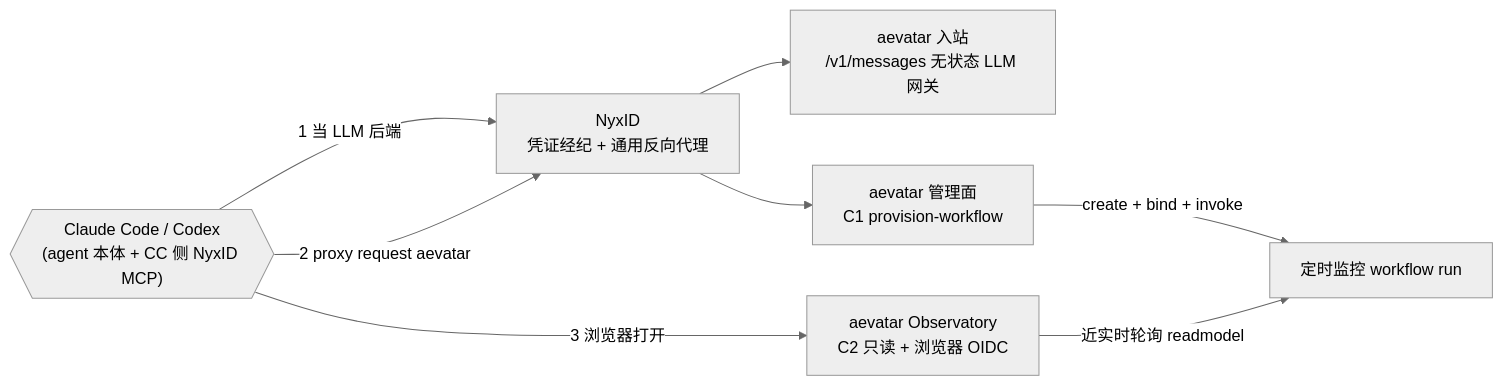
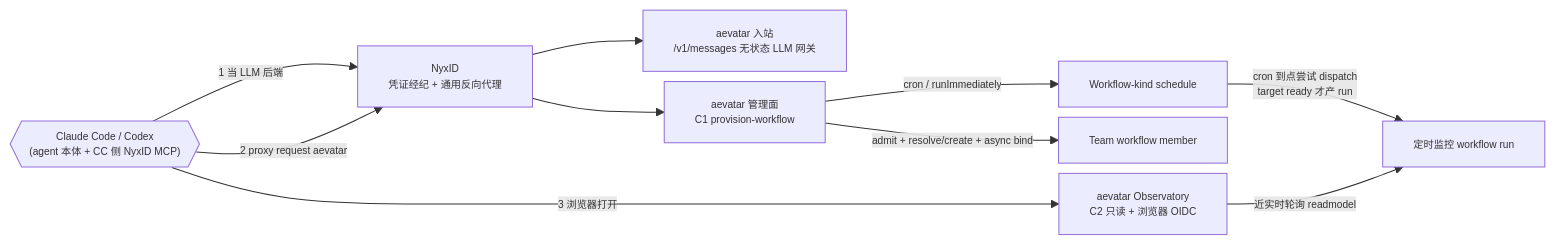
One commit to eanzhao-os/aevatar-review changed the first of 6 diagrams in 09/03-provision-and-observe-via-nyxid/01-end-to-end.md. Above: the diagram before and after it, drawn with Mermaid. The commit also changed other lines of this file and 15 other files, not shown here.

````diff
--- a/09/03-provision-and-observe-via-nyxid/01-end-to-end.md
+++ b/09/03-provision-and-observe-via-nyxid/01-end-to-end.md
@@ -20,15 +20,17 @@
 ```mermaid
-%%{init: {"theme":"neutral"}}%%
+%%{init: {"maxTextSize": 100000, "flowchart": {"useMaxWidth": false, "nodeSpacing": 10, "rankSpacing": 50}, "themeVariables": {"fontSize": "10px"}}}%%
 flowchart LR
     CC{{"Claude Code / Codex<br/>(agent 本体 + CC 侧 NyxID MCP)"}}
     NYX["NyxID<br/>凭证经纪 + 通用反向代理"]
     BRAIN["aevatar 入站<br/>/v1/messages 无状态 LLM 网关"]
     C1["aevatar 管理面<br/>C1 provision-workflow"]
     C2["aevatar Observatory<br/>C2 只读 + 浏览器 OIDC"]
     WF["定时监控 workflow run"]
 
     CC -->|"1 当 LLM 后端"| NYX --> BRAIN
     CC -->|"2 proxy request aevatar"| NYX --> C1
-    C1 -->|"create + bind + invoke"| WF
+    C1 -->|"admit + resolve/create + async bind"| MEMBER["Team workflow member"]
+    C1 -->|"cron / runImmediately"| SCHEDULE["Workflow-kind schedule"]
+    SCHEDULE -->|"cron 到点尝试 dispatch<br/>target ready 才产 run"| WF
     CC -->|"3 浏览器打开"| C2 -->|"近实时轮询 readmodel"| WF
 ```
````
